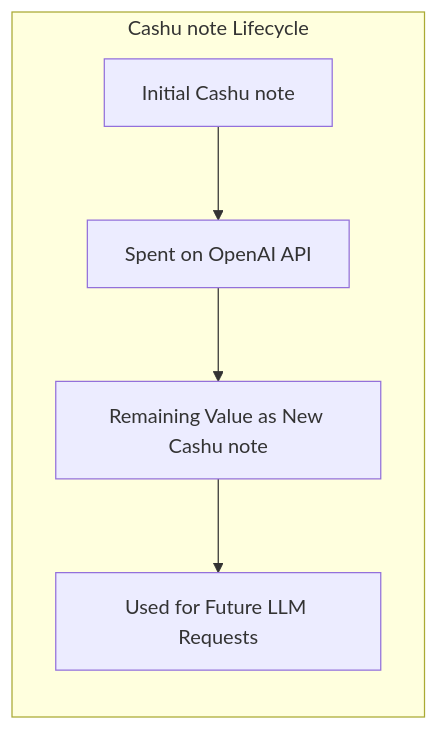
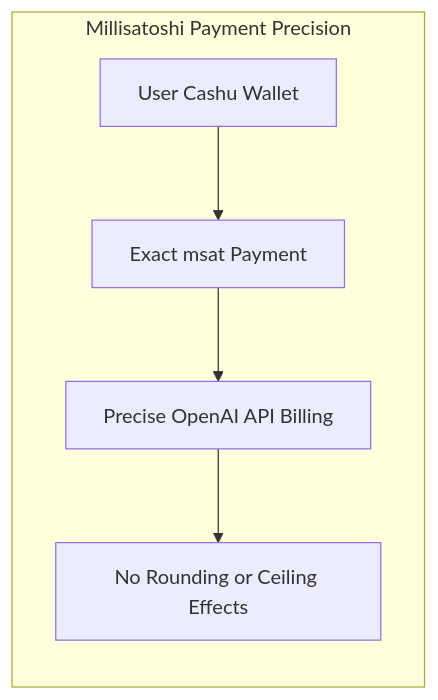
One commit to Routstr/otrta-client changed the fourth of 4 diagrams in README.md. Above: the diagram before and after it, drawn with Mermaid. The commit also changed other lines of this file and 1 other file, not shown here.

````diff
--- a/README.md
+++ b/README.md
@@ -102,8 +102,8 @@
 ```mermaid
 flowchart LR
-    subgraph "Cashu note Lifecycle"
-    I[Initial Cashu note] --> J[Spent on OpenAI API]
-    J --> K[Remaining Value as New Cashu note]
-    K --> L[Used for Future LLM Requests]
+    subgraph "Millisatoshi Payment Precision"
+    I[User Cashu Wallet] --> J[Exact msat Payment]
+    J --> K[Precise OpenAI API Billing]
+    K --> L[No Rounding or Ceiling Effects]
     end
 ```
````
